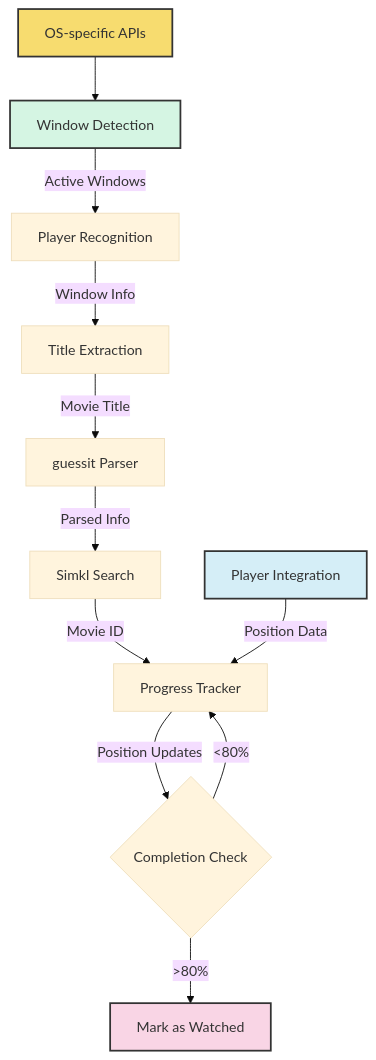
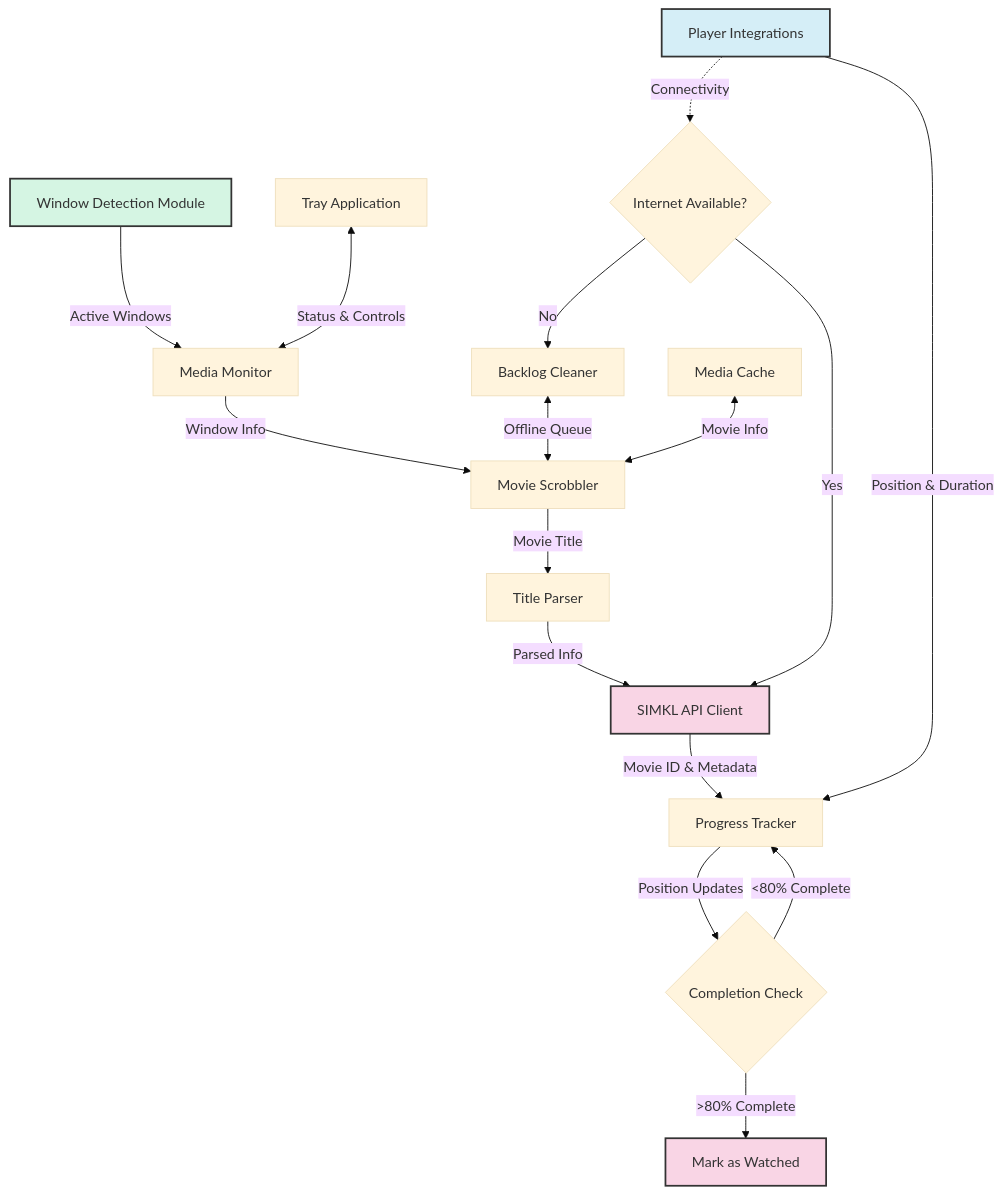
One commit to ByteTrix/Media-Player-Scrobbler-for-Simkl changed the first of 5 diagrams in docs/development.md. Above: the diagram before and after it, drawn with Mermaid (base theme). The commit also changed other lines of this file and 9 other files, not shown here.

````diff
--- a/docs/development.md
+++ b/docs/development.md
@@ -151,19 +141,25 @@
 ```mermaid
 graph TD
-    A[Window Detection] -->|Active Windows| B[Player Recognition]
-    B -->|Window Info| C[Title Extraction]
-    C -->|Movie Title| D[guessit Parser]
-    D -->|Parsed Info| E[Simkl Search]
-    E -->|Movie ID| F[Progress Tracker]
+    A[Window Detection Module] -->|Active Windows| B[Media Monitor]
+    B -->|Window Info| C[Movie Scrobbler]
+    C -->|Movie Title| D[Title Parser]
+    D -->|Parsed Info| E[SIMKL API Client]
+    E -->|Movie ID & Metadata| F[Progress Tracker]
     F -->|Position Updates| G{Completion Check}
-    G -->|>80%| H[Mark as Watched]
-    G -->|<80%| F
+    G -->|>80% Complete| H[Mark as Watched]
+    G -->|<80% Complete| F
     
-    I[Player Integration] -->|Position Data| F
-    J[OS-specific APIs] --> A
+    I[Player Integrations] -->|Position & Duration| F
+    J[Backlog Cleaner] <-->|Offline Queue| C
+    K[Media Cache] <-->|Movie Info| C
+    L[Tray Application] <-->|Status & Controls| B
+    
+    I -.->|Connectivity| M{Internet Available?}
+    M -->|Yes| E
+    M -->|No| J
     
     style A fill:#d5f5e3,stroke:#333,stroke-width:2px
+    style E fill:#f9d5e5,stroke:#333,stroke-width:2px
     style H fill:#f9d5e5,stroke:#333,stroke-width:2px
     style I fill:#d5eef7,stroke:#333,stroke-width:2px
-    style J fill:#f7dc6f,stroke:#333,stroke-width:2px
 ```
````
